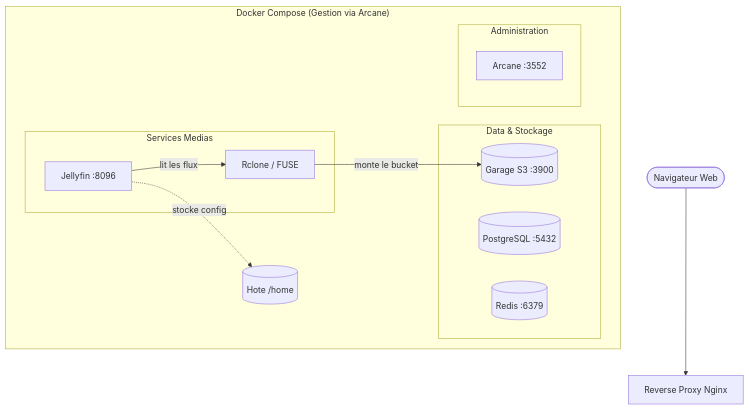
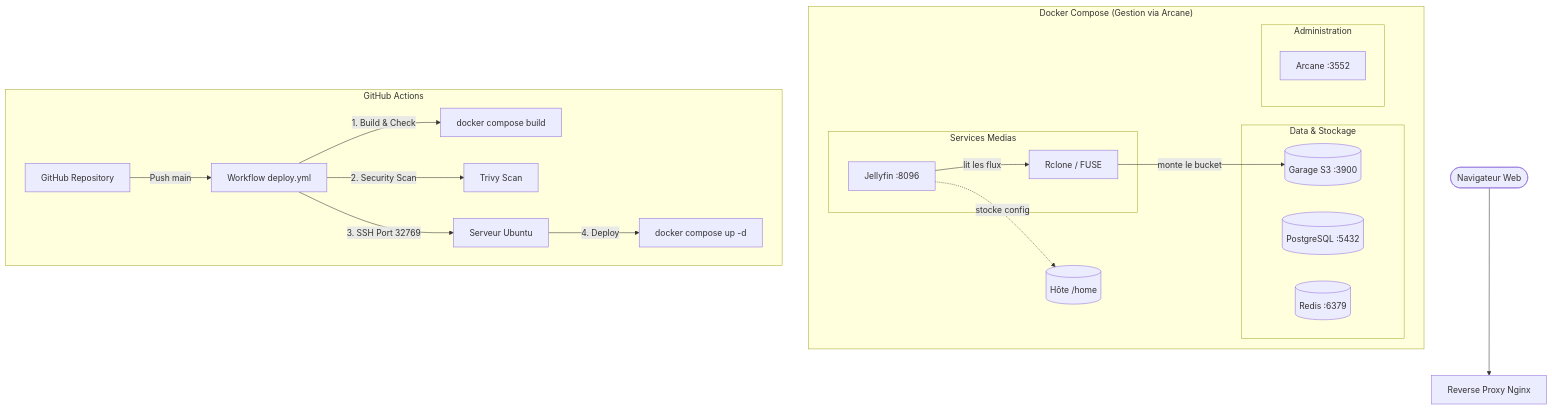
Before and after one commit to noe-cha/Streaming-docker-project: the diagram in README.md, drawn with Mermaid. The commit also changed other lines of this file, not shown here.

````diff
--- a/README.md
+++ b/README.md
@@ -9,26 +9,34 @@
 ```mermaid
 flowchart TD
     User([Navigateur Web]) --> RP[Reverse Proxy Nginx]
     
     subgraph SG1 ["Docker Compose (Gestion via Arcane)"]
         
         subgraph Services Medias
             Jelly[Jellyfin :8096]
             Rclone[Rclone / FUSE]
         end
 
         subgraph Data & Stockage
             S3[(Garage S3 :3900)]
             DB[(PostgreSQL :5432)]
             Cache[(Redis :6379)]
         end
 
         subgraph Administration
             Arcane[Arcane :3552]
         end
 
         Jelly -->|lit les flux| Rclone
         Rclone -->|monte le bucket| S3
-        Jelly -. stocke config .-> Home[(Hote /home)]
+        Jelly -. stocke config .-> Home[(Hôte /home)]
+    end
+
+    subgraph CI/CD ["GitHub Actions"]
+        GH[GitHub Repository] -->|Push main| Actions[Workflow deploy.yml]
+        Actions -->|1. Build & Check| Build[docker compose build]
+        Actions -->|2. Security Scan| Trivy[Trivy Scan]
+        Actions -->|3. SSH Port 32769| Server[Serveur Ubuntu]
+        Server -->|4. Deploy| Compose[docker compose up -d]
     end
 ```
````
